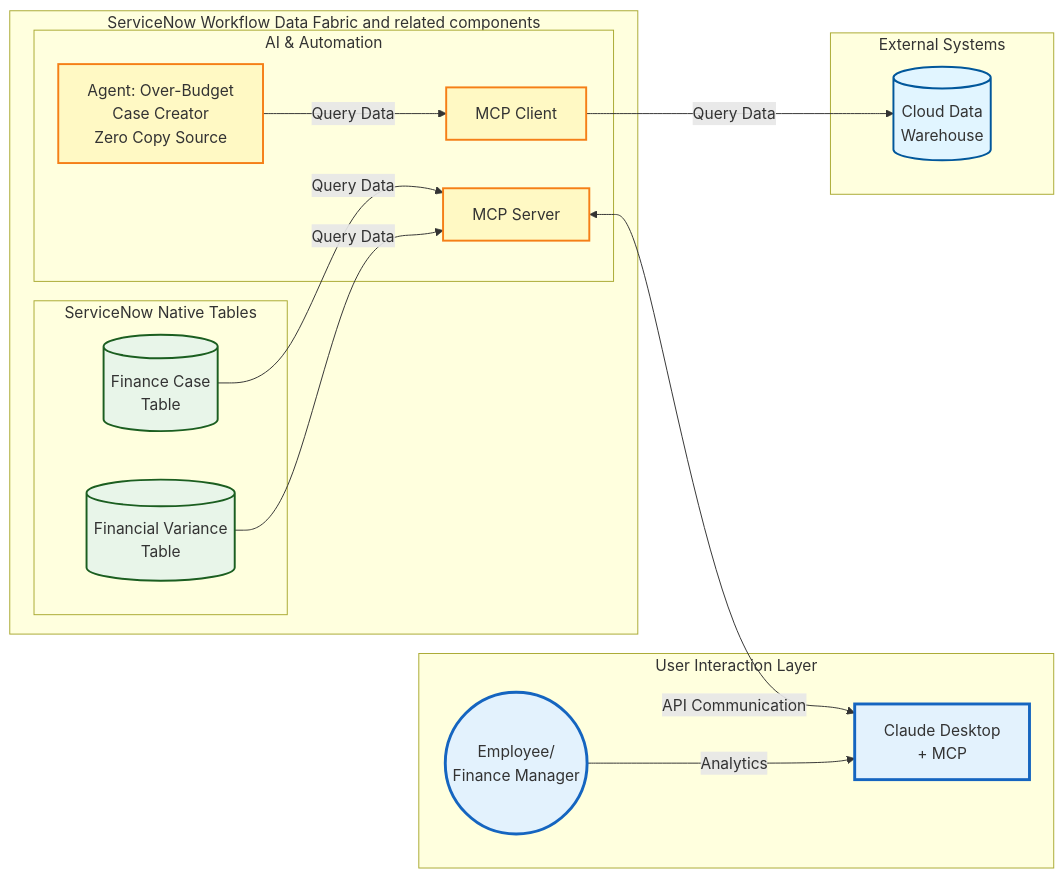
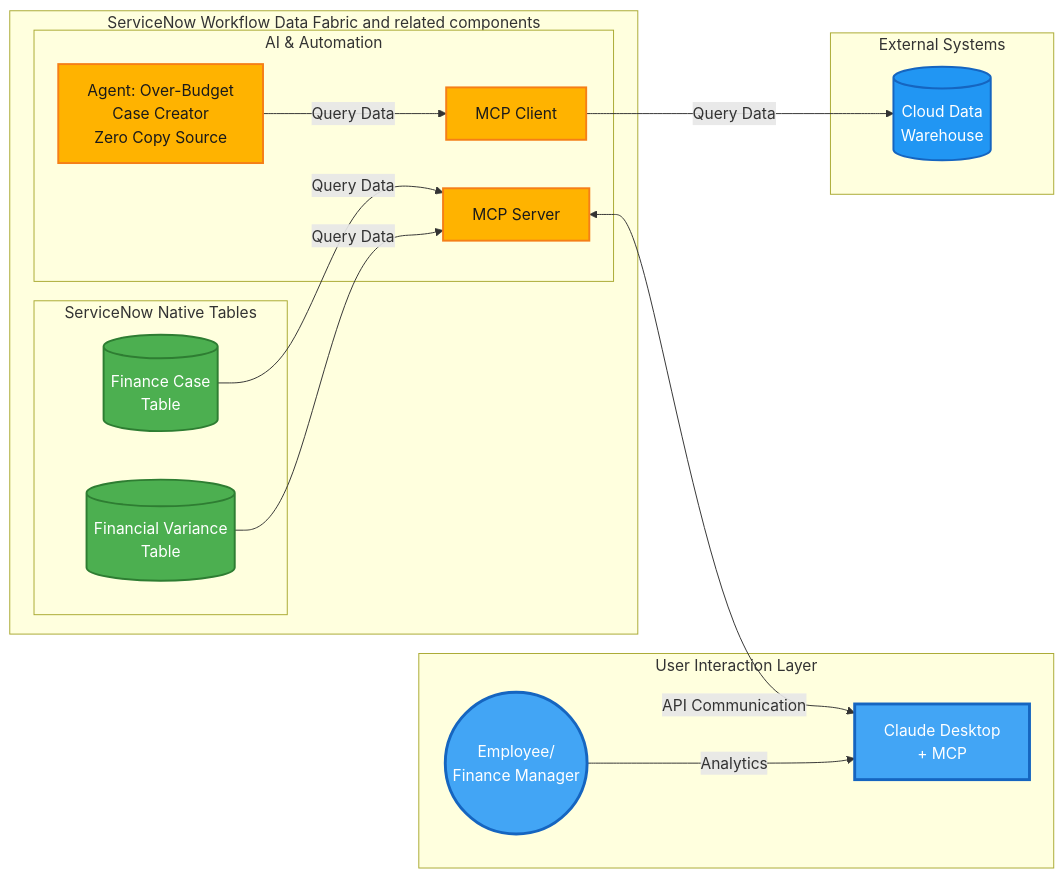
Before and after one commit to leojacinto/WorkflowDataFabric-TypeA: the diagram in extended-exercises/lab-exercise-model-context-protocol-server-client.md, drawn with Mermaid. The commit also changed 6 other files, not shown here.

Commit message:
Update all mermaid charts to vibrant Material Design palette for light+dark mode contrast

````diff
--- a/extended-exercises/lab-exercise-model-context-protocol-server-client.md
+++ b/extended-exercises/lab-exercise-model-context-protocol-server-client.md
@@ -15,52 +15,52 @@
 ```mermaid
 graph LR
     subgraph "User Interaction Layer"
         Employee((Employee/<br/>Finance Manager))
         ClaudeDesktop[Claude Desktop<br/>+ MCP]
     end
 
     subgraph "External Systems"
         CDW[(Cloud Data<br/>Warehouse)]
     end
 
     subgraph "ServiceNow Workflow Data Fabric and related components"
         subgraph "ServiceNow Native Tables"
             FinCase[(Finance Case<br/>Table)]
             FinVar[(Financial Variance<br/>Table)]
         end
 
         subgraph AI[AI & Automation]
             Agent1[Agent: Over-Budget<br/>Case Creator<br/>Zero Copy Source]
             MCPS[MCP Server]
             MCPC[MCP Client]
         end
     end
 
     %% MCP Server Connection
     FinVar -->|Query Data| MCPS
     FinCase -->|Query Data| MCPS
     MCPS <-->|API Communication| ClaudeDesktop
 
     %% MCP Client Connection
     Agent1 -->|Query Data| MCPC
     MCPC -->|Query Data| CDW
 
     %% User Interaction Connections
     Employee -->|Analytics| ClaudeDesktop
 
     %% Styling
-    classDef external fill:#e1f5ff,stroke:#01579b,stroke-width:2px
-    classDef integration fill:#fff3e0,stroke:#e65100,stroke-width:2px
-    classDef zeroCopy fill:#f3e5f5,stroke:#4a148c,stroke-width:2px
-    classDef native fill:#e8f5e9,stroke:#1b5e20,stroke-width:2px
-    classDef ai fill:#fff9c4,stroke:#f57f17,stroke-width:2px
-    classDef user fill:#e3f2fd,stroke:#1565c0,stroke-width:3px
+    classDef external fill:#2196F3,stroke:#1565C0,stroke-width:2px,color:#fff
+    classDef integration fill:#FF9800,stroke:#E65100,stroke-width:2px,color:#fff
+    classDef zeroCopy fill:#9C27B0,stroke:#6A1B9A,stroke-width:2px,color:#fff
+    classDef native fill:#4CAF50,stroke:#2E7D32,stroke-width:2px,color:#fff
+    classDef ai fill:#FFB300,stroke:#F57F17,stroke-width:2px,color:#1a1a1a
+    classDef user fill:#42A5F5,stroke:#1565C0,stroke-width:3px,color:#fff
 
     class ERP,ExpenseAPI,SharePoint,CDW,MockERP,MockExpense,MockCDW external
     class ZeroCopySQL,ZeroCopyERP,IntHub,ExtContent integration
     class ZCCC,ZCCH,ZCCO,ZCExp zeroCopy
     class ExpenseTable,FinCase,FinVar native
     class Agent1,Agent2,Agent3,RAG,NASK,FlowAction,MCPS,MCPC,Lens,DocIntel ai
     class Employee,EC,ClaudeDesktop user
 
 ```
````
